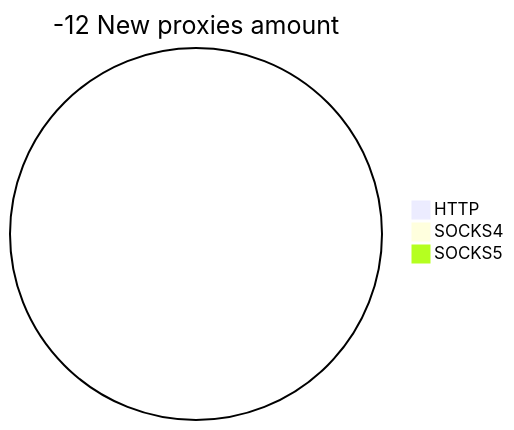
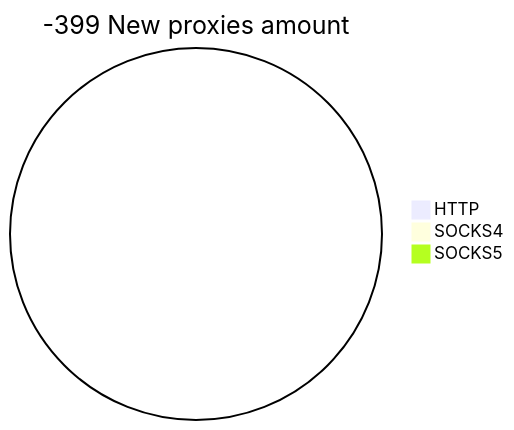
The second of 2 diagrams in README.md (cutipu/proxylist), drawn with Mermaid before and after one commit. The commit also changed other lines of this file, not shown here.

````diff
--- a/README.md
+++ b/README.md
@@ -10,6 +10,6 @@
 ```mermaid
-pie title -12 New proxies amount
+pie title -399 New proxies amount
     "HTTP" : 0
     "SOCKS4" : 0
     "SOCKS5" : 0
 ```
````
